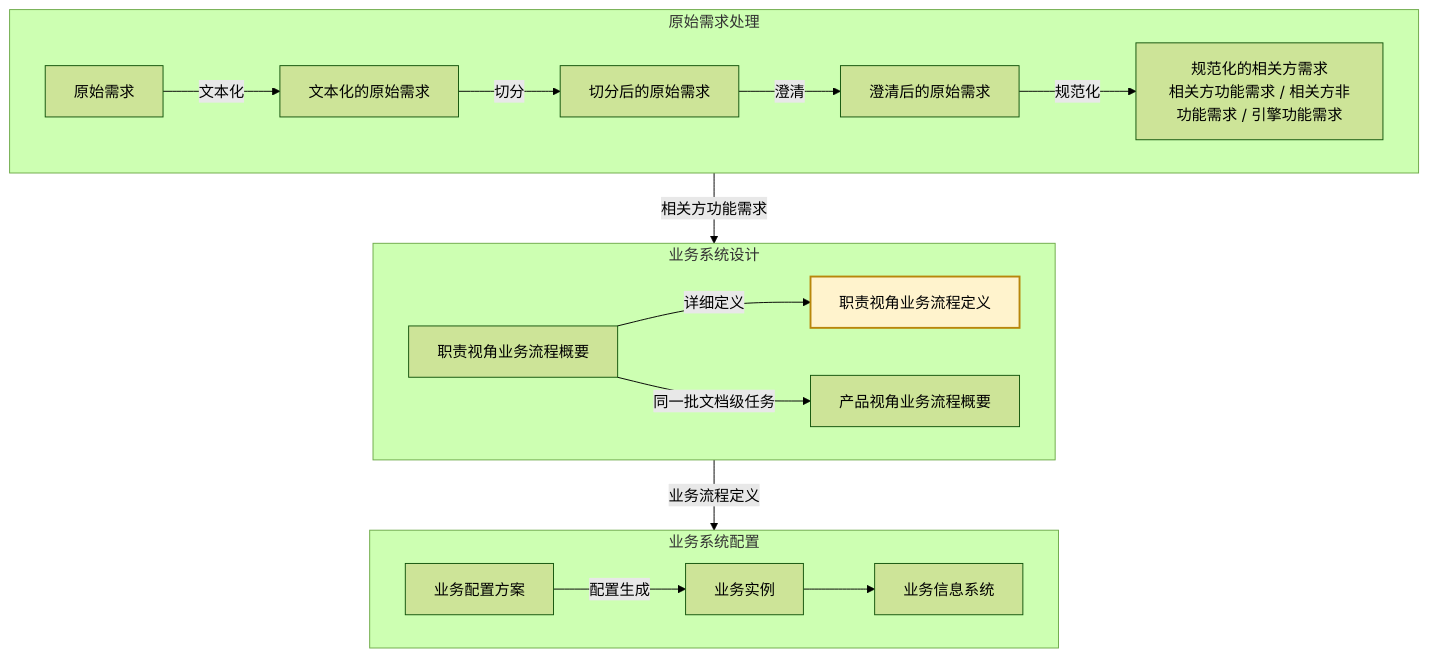
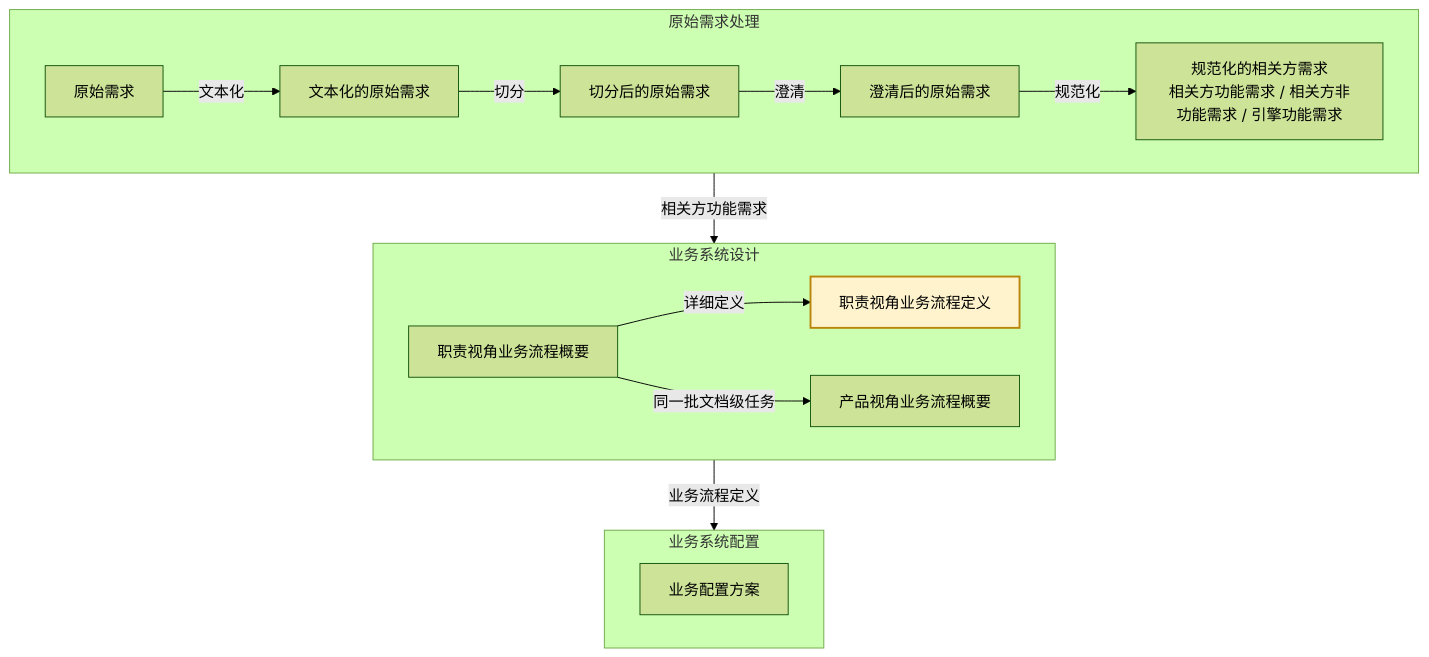
The diagram in 20-pl4eos/10-pl4eos-subpl-sysdev/10-wfsysdev-4-eos/eos-biz01cr-rbpl2rbpd.md (Yongjunzhou/AOS-system-design), drawn with Mermaid (forest theme) before and after one commit. The commit also changed other lines of this file and 7 other files, not shown here.

````diff
--- a/20-pl4eos/10-pl4eos-subpl-sysdev/10-wfsysdev-4-eos/eos-biz01cr-rbpl2rbpd.md
+++ b/20-pl4eos/10-pl4eos-subpl-sysdev/10-wfsysdev-4-eos/eos-biz01cr-rbpl2rbpd.md
@@ -30,25 +30,24 @@
 ```mermaid
 flowchart TD
     subgraph S1["原始需求处理"]
         direction LR
         r0["原始需求"] -->|文本化| r1["文本化的原始需求"]
         r1 -->|切分| r2["切分后的原始需求"]
         r2 -->|澄清| r3["澄清后的原始需求"]
         r3 -->|规范化| r4["规范化的相关方需求<br/>相关方功能需求 / 相关方非功能需求 / 引擎功能需求"]
     end
     subgraph S2["业务系统设计"]
         direction LR
         b1["职责视角业务流程概要"] -->|详细定义| b3["职责视角业务流程定义"]
         b2["产品视角业务流程概要"]
     end
     subgraph S3["业务系统配置"]
         direction LR
-        c1["业务配置方案"] -->|配置生成| c2["业务实例"]
-        c2 --> c3["业务信息系统"]
+        c1["业务配置方案"]
     end
     r4 -->|相关方功能需求| b1
     b1 -->|同一批文档级任务| b2
     b3 -->|业务流程定义| c1
     classDef here fill:#fff3cd,stroke:#b8860b,stroke-width:2px
     class b3 here
 ```
````
